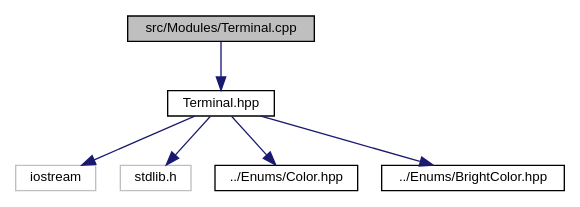
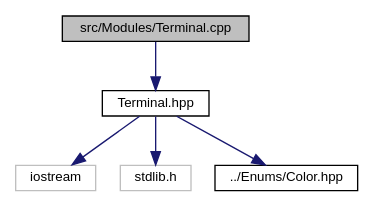
Before and after one commit to smejkalpetr/lib-ansi: the diagram in doc/Terminal_8cpp__incl.dot, drawn with Graphviz. The commit also changed 117 other files, not shown here.

```diff
--- a/doc/Terminal_8cpp__incl.dot
+++ b/doc/Terminal_8cpp__incl.dot
@@ -1,17 +1,15 @@
 digraph "src/Modules/Terminal.cpp"
 {
  // LATEX_PDF_SIZE
   edge [fontname="Helvetica",fontsize="10",labelfontname="Helvetica",labelfontsize="10"];
   node [fontname="Helvetica",fontsize="10",shape=record];
   Node1 [label="src/Modules/Terminal.cpp",height=0.2,width=0.4,color="black", fillcolor="grey75", style="filled", fontcolor="black",tooltip=" "];
   Node1 -> Node2 [color="midnightblue",fontsize="10",style="solid",fontname="Helvetica"];
   Node2 [label="Terminal.hpp",height=0.2,width=0.4,color="black", fillcolor="white", style="filled",URL="$Terminal_8hpp.html",tooltip=" "];
   Node2 -> Node3 [color="midnightblue",fontsize="10",style="solid",fontname="Helvetica"];
   Node3 [label="iostream",height=0.2,width=0.4,color="grey75", fillcolor="white", style="filled",tooltip=" "];
   Node2 -> Node4 [color="midnightblue",fontsize="10",style="solid",fontname="Helvetica"];
   Node4 [label="stdlib.h",height=0.2,width=0.4,color="grey75", fillcolor="white", style="filled",tooltip=" "];
   Node2 -> Node5 [color="midnightblue",fontsize="10",style="solid",fontname="Helvetica"];
   Node5 [label="../Enums/Color.hpp",height=0.2,width=0.4,color="black", fillcolor="white", style="filled",URL="$Color_8hpp.html",tooltip=" "];
-  Node2 -> Node6 [color="midnightblue",fontsize="10",style="solid",fontname="Helvetica"];
-  Node6 [label="../Enums/BrightColor.hpp",height=0.2,width=0.4,color="black", fillcolor="white", style="filled",URL="$BrightColor_8hpp.html",tooltip=" "];
 }
```
